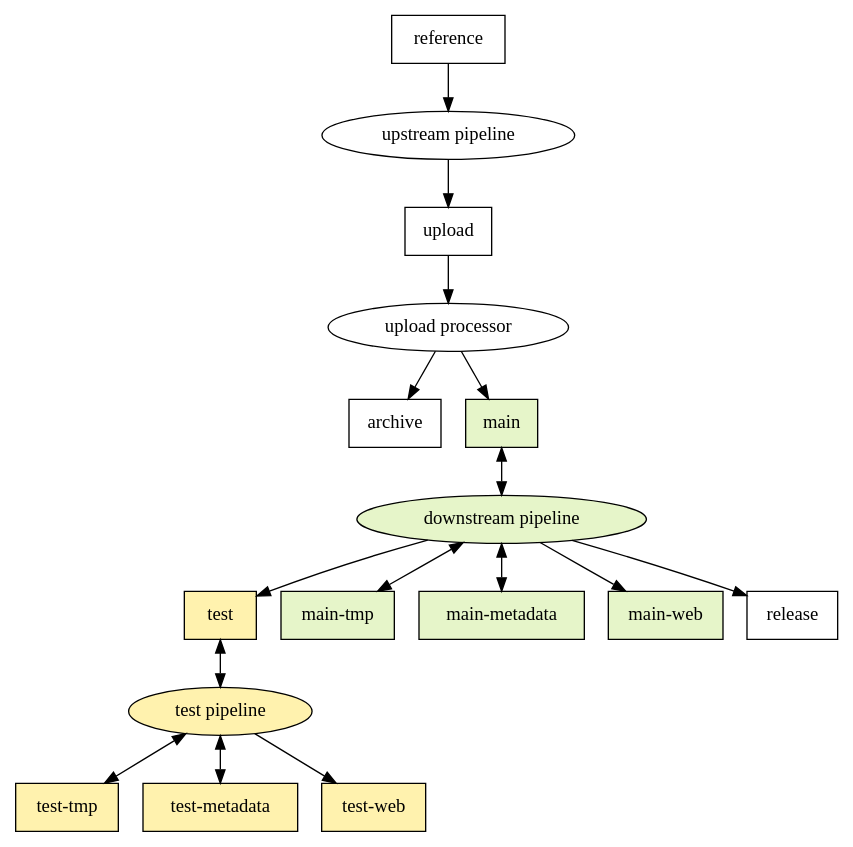
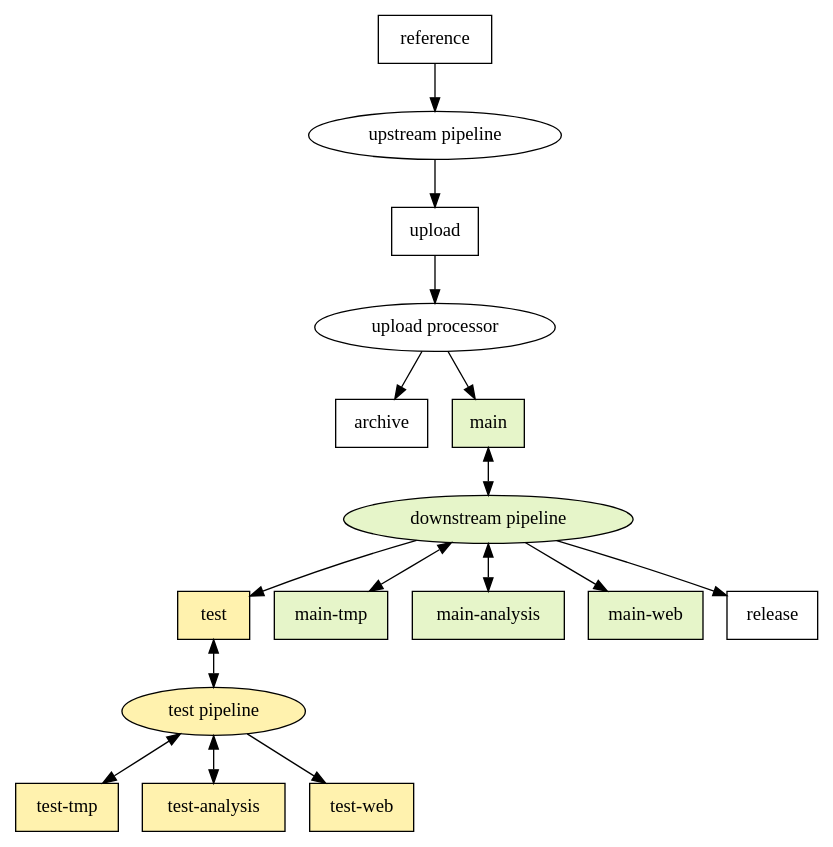
The diagram in storage_policies/figures/dataflow.dot (populationgenomics/team-docs), drawn with Graphviz before and after one commit. The commit also changed 2 other files, not shown here.

Commit message:
metadata buckets have been renamed to analysis (#119)

```diff
--- a/storage_policies/figures/dataflow.dot
+++ b/storage_policies/figures/dataflow.dot
@@ -1,36 +1,36 @@
 digraph dataflow {
     node [colorscheme=pastel28, style=filled, fillcolor=white];
 
     upstream_pipeline [label="upstream pipeline"]
     downstream_pipeline [label="downstream pipeline", fillcolor=5]
     test_pipeline [label="test pipeline", fillcolor=6]
     upload_processor [label="upload processor"]
     reference [shape=box]
     upload [shape=box]
     archive [shape=box]
     main [shape=box, fillcolor=5]
     test [shape=box, fillcolor=6]
     "main-tmp" [shape=box, fillcolor=5]
-    "main-metadata" [shape=box, fillcolor=5]
+    "main-analysis" [shape=box, fillcolor=5]
     "main-web" [shape=box, fillcolor=5]
     "test-tmp" [shape=box, fillcolor=6]
-    "test-metadata" [shape=box, fillcolor=6]
+    "test-analysis" [shape=box, fillcolor=6]
     "test-web" [shape=box, fillcolor=6]
     release [shape=box]
 
     reference -> upstream_pipeline
     upstream_pipeline -> upload
     upload -> upload_processor
     upload_processor -> archive
     upload_processor -> main
     main -> downstream_pipeline [dir=both]
     downstream_pipeline -> "main-tmp" [dir=both]
-    downstream_pipeline -> "main-metadata" [dir=both]
+    downstream_pipeline -> "main-analysis" [dir=both]
     downstream_pipeline -> "main-web"
     downstream_pipeline -> release
     downstream_pipeline -> test
     test -> test_pipeline [dir=both]
     test_pipeline -> "test-tmp" [dir=both]
-    test_pipeline -> "test-metadata" [dir=both]
+    test_pipeline -> "test-analysis" [dir=both]
     test_pipeline -> "test-web"
 }
```
